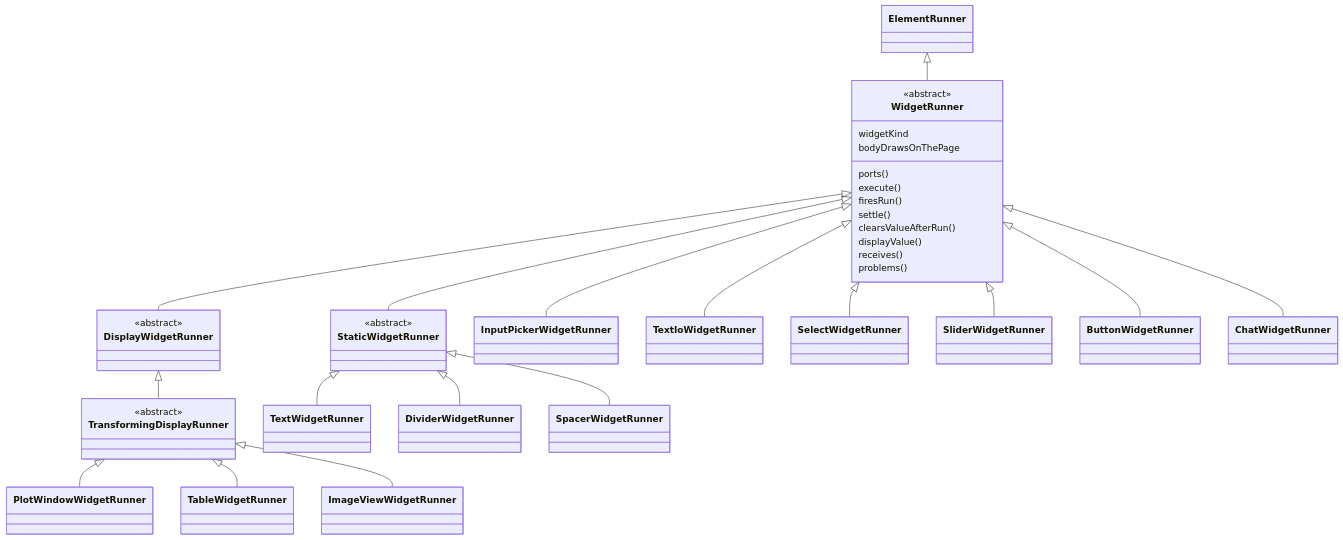
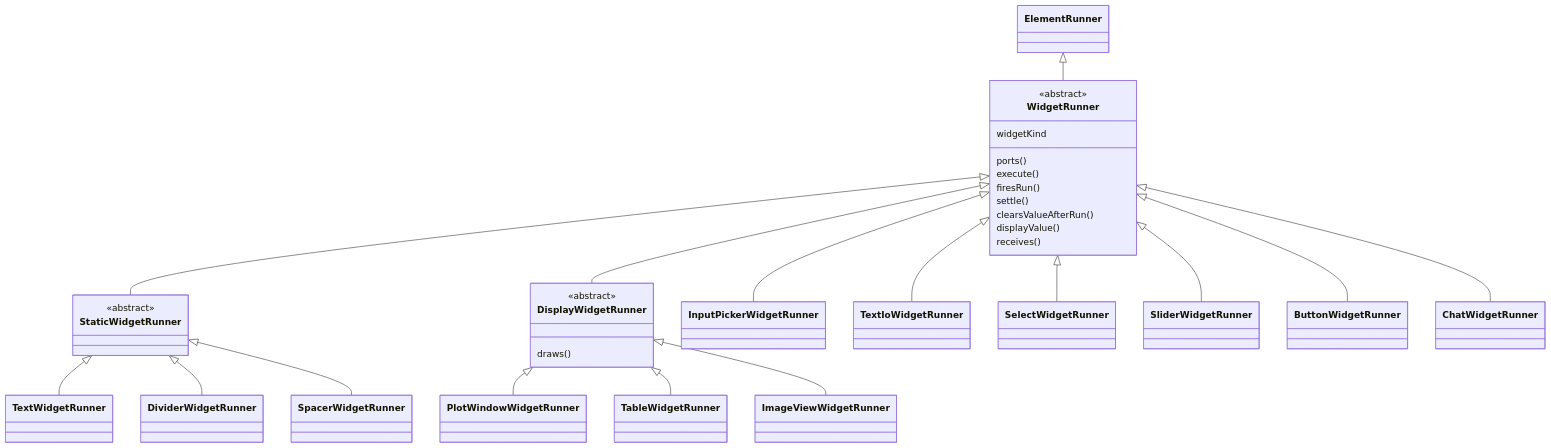
The fourth of 8 diagrams in arch/overview.md (Archimedes79/AI_Graph), drawn with Mermaid before and after one commit. The commit also changed other lines of this file and 4 other files, not shown here.

````diff
--- a/arch/overview.md
+++ b/arch/overview.md
@@ -212,41 +210,36 @@
 ```mermaid
 classDiagram
   class WidgetRunner {
     <<abstract>>
     widgetKind
-    bodyDrawsOnThePage
     ports()
     execute()
     firesRun()
     settle()
     clearsValueAfterRun()
     displayValue()
     receives()
-    problems()
   }
   class StaticWidgetRunner {
     <<abstract>>
   }
   class DisplayWidgetRunner {
     <<abstract>>
-  }
-  class TransformingDisplayRunner {
-    <<abstract>>
+    draws()
   }
   ElementRunner <|-- WidgetRunner
   WidgetRunner <|-- InputPickerWidgetRunner
   WidgetRunner <|-- TextIoWidgetRunner
   WidgetRunner <|-- SelectWidgetRunner
   WidgetRunner <|-- SliderWidgetRunner
   WidgetRunner <|-- ButtonWidgetRunner
   WidgetRunner <|-- ChatWidgetRunner
   WidgetRunner <|-- StaticWidgetRunner
   WidgetRunner <|-- DisplayWidgetRunner
   StaticWidgetRunner <|-- TextWidgetRunner
   StaticWidgetRunner <|-- DividerWidgetRunner
   StaticWidgetRunner <|-- SpacerWidgetRunner
-  DisplayWidgetRunner <|-- TransformingDisplayRunner
-  TransformingDisplayRunner <|-- PlotWindowWidgetRunner
-  TransformingDisplayRunner <|-- TableWidgetRunner
-  TransformingDisplayRunner <|-- ImageViewWidgetRunner
+  DisplayWidgetRunner <|-- PlotWindowWidgetRunner
+  DisplayWidgetRunner <|-- TableWidgetRunner
+  DisplayWidgetRunner <|-- ImageViewWidgetRunner
 ```
````
